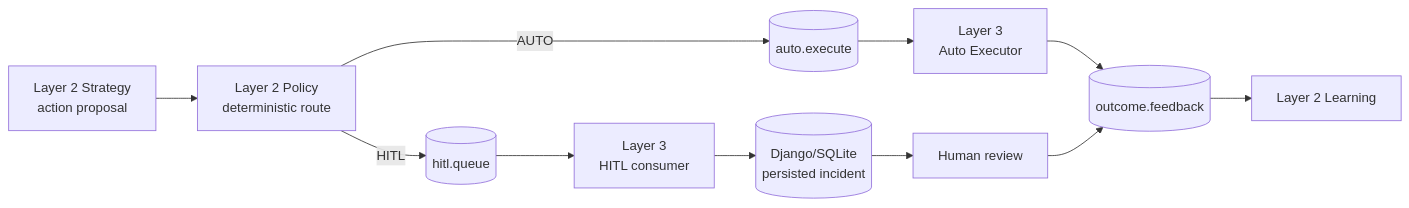
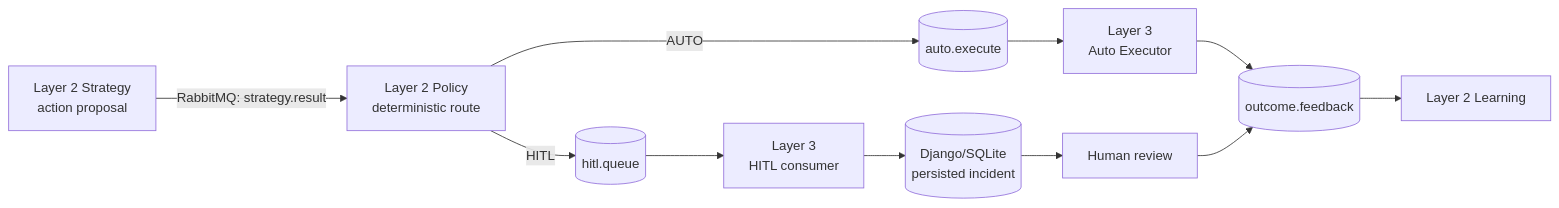
Before and after one commit to Spectre206/fyp-pipeline: the diagram in layer3/README.md, drawn with Mermaid. The commit also changed other lines of this file and 14 other files, not shown here.

````diff
--- a/layer3/README.md
+++ b/layer3/README.md
@@ -11,13 +13,13 @@
 ```mermaid
 flowchart LR
-    S[Layer 2 Strategy<br/>action proposal] --> P[Layer 2 Policy<br/>deterministic route]
+    S[Layer 2 Strategy<br/>action proposal] -->|"RabbitMQ: strategy.result"| P[Layer 2 Policy<br/>deterministic route]
     P -->|AUTO| AQ[(auto.execute)]
     P -->|HITL| HQ[(hitl.queue)]
     AQ --> AE[Layer 3<br/>Auto Executor]
     HQ --> HC[Layer 3<br/>HITL consumer]
     HC --> DB[(Django/SQLite<br/>persisted incident)]
     DB --> HR[Human review]
     AE --> OF[(outcome.feedback)]
     HR --> OF
     OF --> L[Layer 2 Learning]
 ```
````
